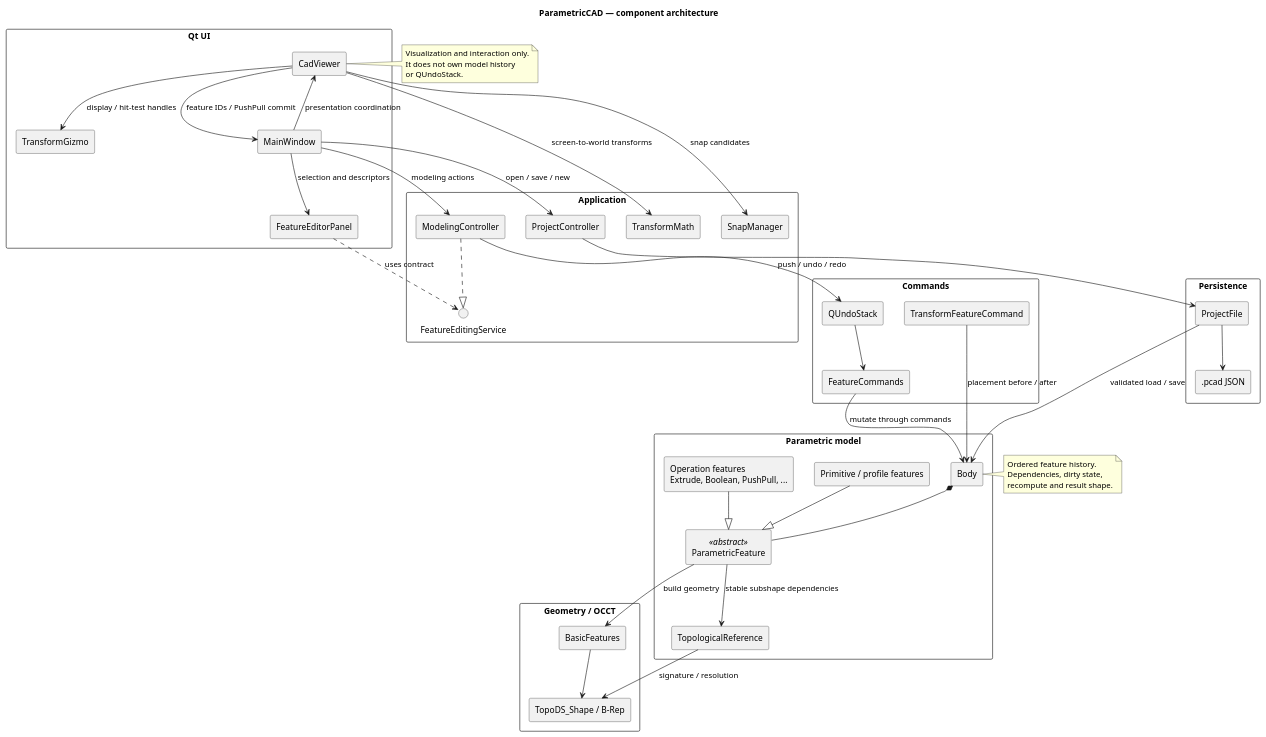
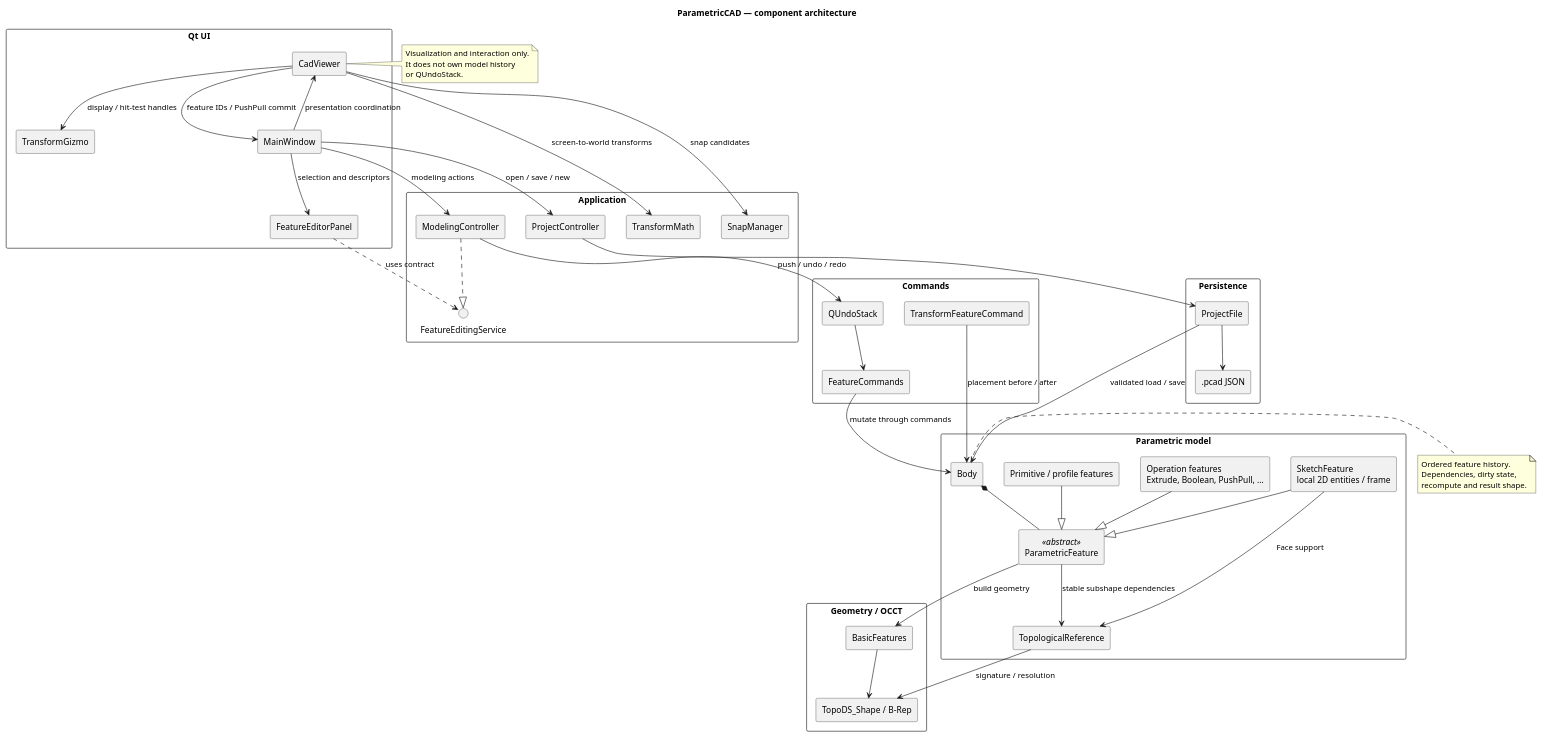
The diagram in docs/diagrams/architecture-overview.puml (coltrack-dev/ParametricCAD), drawn with PlantUML before and after one commit. The commit also changed 17 other files, not shown here.

```diff
--- a/docs/diagrams/architecture-overview.puml
+++ b/docs/diagrams/architecture-overview.puml
@@ -1,90 +1,93 @@
 @startuml
 title ParametricCAD — component architecture
 
 skinparam componentStyle rectangle
 skinparam packageStyle rectangle
 skinparam shadowing false
 
 package "Qt UI" {
     component MainWindow
     component FeatureEditorPanel
     component CadViewer
     component TransformGizmo
 }
 
 package "Application" {
     component ModelingController
     component ProjectController
     component SnapManager
     component TransformMath
     interface FeatureEditingService
 }
 
 package "Commands" {
     component QUndoStack
     component FeatureCommands
     component TransformFeatureCommand
 }
 
 package "Parametric model" {
     component Body
     component ParametricFeature <<abstract>>
     component TopologicalReference
+    component "SketchFeature\nlocal 2D entities / frame" as SketchFeature
     component "Primitive / profile features" as PrimitiveFeatures
     component "Operation features\nExtrude, Boolean, PushPull, ..." as OperationFeatures
 }
 
 package "Geometry / OCCT" {
     component BasicFeatures
     component "TopoDS_Shape / B-Rep" as BRep
 }
 
 package "Persistence" {
     component ProjectFile
     component ".pcad JSON" as Pcad
 }
 
 MainWindow --> ModelingController : modeling actions
 MainWindow --> ProjectController : open / save / new
 MainWindow --> FeatureEditorPanel : selection and descriptors
 MainWindow --> CadViewer : presentation coordination
 
 FeatureEditorPanel ..> FeatureEditingService : uses contract
 ModelingController ..|> FeatureEditingService
 
 CadViewer --> MainWindow : feature IDs / PushPull commit
 CadViewer --> TransformGizmo : display / hit-test handles
 CadViewer --> TransformMath : screen-to-world transforms
 CadViewer --> SnapManager : snap candidates
 
 ModelingController --> QUndoStack : push / undo / redo
 QUndoStack --> FeatureCommands
 FeatureCommands --> Body : mutate through commands
 TransformFeatureCommand --> Body : placement before / after
 
 Body *-- ParametricFeature
 PrimitiveFeatures --|> ParametricFeature
 OperationFeatures --|> ParametricFeature
+SketchFeature --|> ParametricFeature
+SketchFeature --> TopologicalReference : Face support
 
 ParametricFeature --> BasicFeatures : build geometry
 ParametricFeature --> TopologicalReference : stable subshape dependencies
 TopologicalReference --> BRep : signature / resolution
 BasicFeatures --> BRep
 
 ProjectController --> ProjectFile
 ProjectFile --> Body : validated load / save
 ProjectFile --> Pcad
 
 note right of CadViewer
   Visualization and interaction only.
   It does not own model history
   or QUndoStack.
 end note
 
 note right of Body
   Ordered feature history.
   Dependencies, dirty state,
   recompute and result shape.
 end note
 
 @enduml
```
